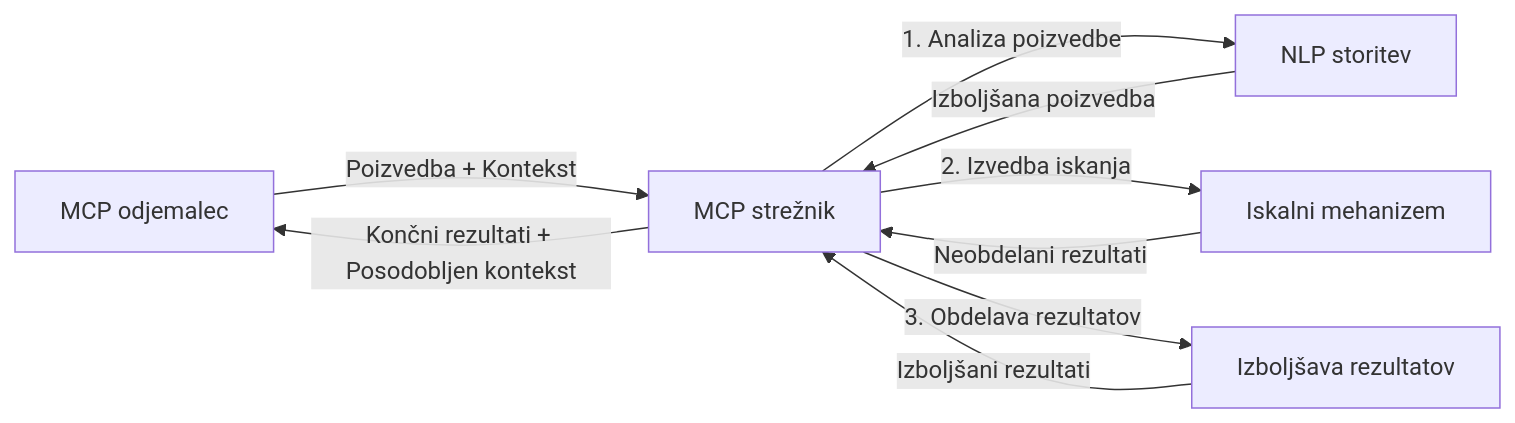
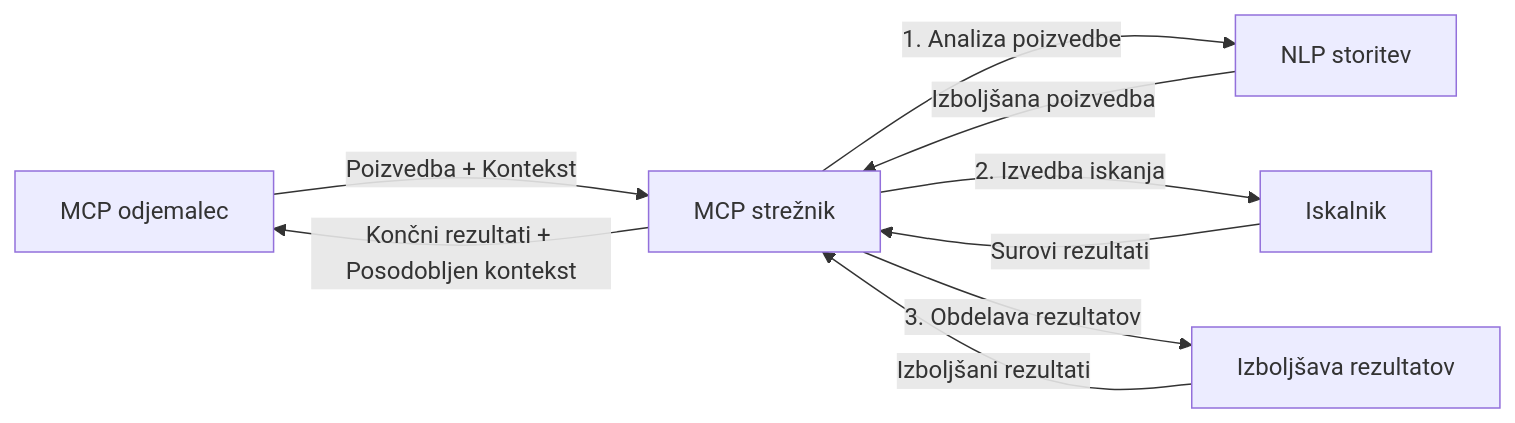
The fourth of 4 diagrams in translations/sl/05-AdvancedTopics/mcp-realtimesearch/README.md (microsoft/mcp-for-beginners), drawn with Mermaid before and after one commit. The commit also changed other lines of this file and 154 other files, not shown here.

````diff
--- a/translations/sl/05-AdvancedTopics/mcp-realtimesearch/README.md
+++ b/translations/sl/05-AdvancedTopics/mcp-realtimesearch/README.md
@@ -626,11 +629,11 @@
 ```mermaid
 graph LR
     Client[MCP odjemalec] --> |Poizvedba + Kontekst| Server[MCP strežnik]
     Server --> |1. Analiza poizvedbe| NLP[NLP storitev]
     NLP --> |Izboljšana poizvedba| Server
-    Server --> |2. Izvedba iskanja| Search[Iskalni mehanizem]
-    Search --> |Neobdelani rezultati| Server
+    Server --> |2. Izvedba iskanja| Search[Iskalnik]
+    Search --> |Surovi rezultati| Server
     Server --> |3. Obdelava rezultatov| Enhancement[Izboljšava rezultatov]
     Enhancement --> |Izboljšani rezultati| Server
     Server --> |Končni rezultati + Posodobljen kontekst| Client
 ```
````
